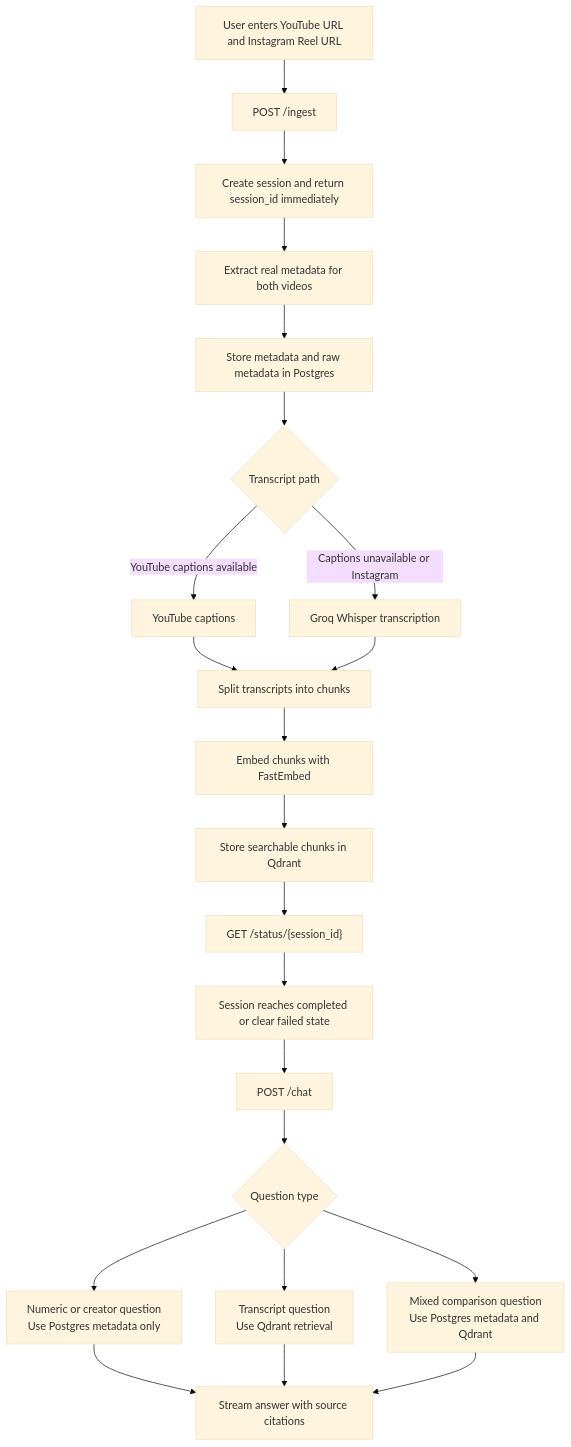
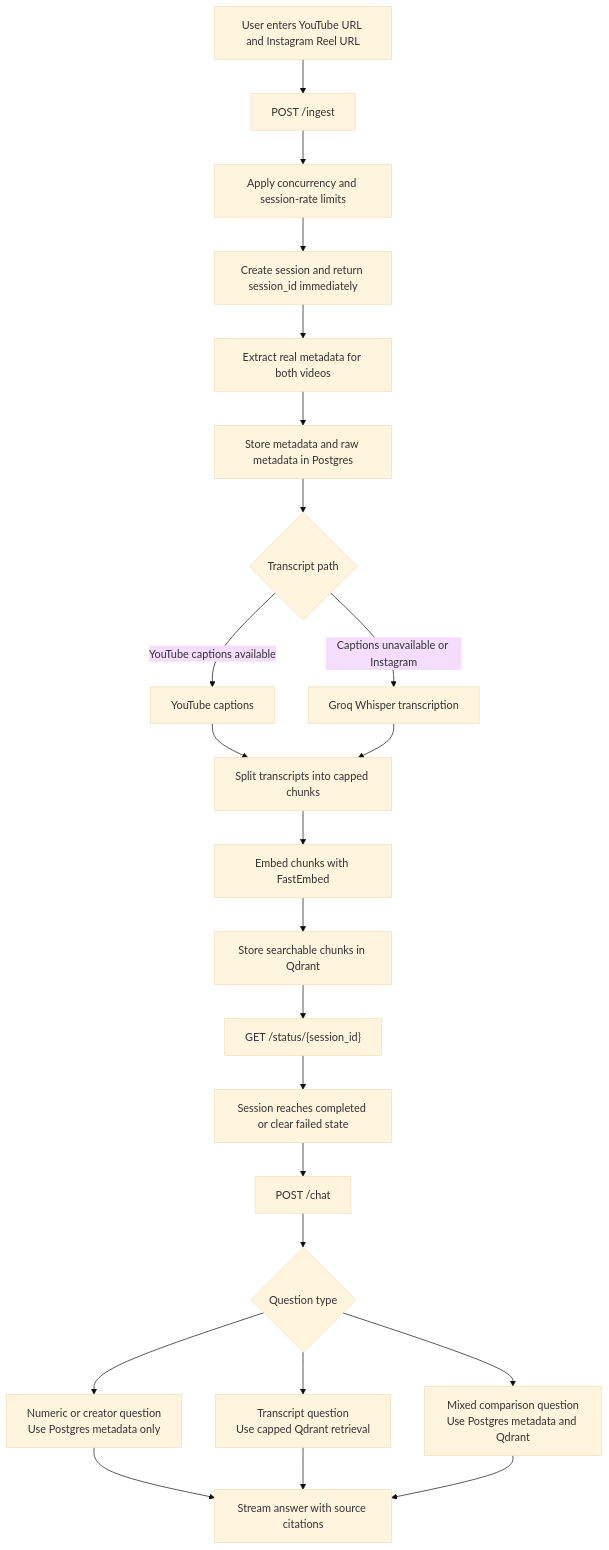
The diagram in README.md (nirmaljb/CreatorGPT), drawn with Mermaid (base theme) before and after one commit. The commit also changed other lines of this file and 19 other files, not shown here.

Commit message:
feat: implement runtime backpressure and request limiting with configurable caps for ingests, chat history, and retrieval.

````diff
--- a/README.md
+++ b/README.md
@@ -62,32 +62,33 @@
 ```mermaid
 flowchart TD
     A["User enters YouTube URL and Instagram Reel URL"]
     B["POST /ingest"]
-    C["Create session and return session_id immediately"]
-    D["Extract real metadata for both videos"]
-    E["Store metadata and raw metadata in Postgres"]
-    F{Transcript path}
-    G["YouTube captions"]
-    H["Groq Whisper transcription"]
-    I["Split transcripts into chunks"]
-    J["Embed chunks with FastEmbed"]
-    K["Store searchable chunks in Qdrant"]
-    L["GET /status/{session_id}"]
-    M["Session reaches completed or clear failed state"]
-    N["POST /chat"]
-    O{Question type}
-    P["Numeric or creator question<br/>Use Postgres metadata only"]
-    Q["Transcript question<br/>Use Qdrant retrieval"]
-    R["Mixed comparison question<br/>Use Postgres metadata and Qdrant"]
-    S["Stream answer with source citations"]
+    C["Apply concurrency and session-rate limits"]
+    D["Create session and return session_id immediately"]
+    E["Extract real metadata for both videos"]
+    F["Store metadata and raw metadata in Postgres"]
+    G{Transcript path}
+    H["YouTube captions"]
+    I["Groq Whisper transcription"]
+    J["Split transcripts into capped chunks"]
+    K["Embed chunks with FastEmbed"]
+    L["Store searchable chunks in Qdrant"]
+    M["GET /status/{session_id}"]
+    N["Session reaches completed or clear failed state"]
+    O["POST /chat"]
+    P{Question type}
+    Q["Numeric or creator question<br/>Use Postgres metadata only"]
+    R["Transcript question<br/>Use capped Qdrant retrieval"]
+    S["Mixed comparison question<br/>Use Postgres metadata and Qdrant"]
+    T["Stream answer with source citations"]
 
-    A --> B --> C --> D --> E --> F
-    F -->|YouTube captions available| G
-    F -->|Captions unavailable or Instagram| H
-    G --> I
-    H --> I
-    I --> J --> K --> L --> M --> N --> O
-    O --> P --> S
-    O --> Q --> S
-    O --> R --> S
+    A --> B --> C --> D --> E --> F --> G
+    G -->|YouTube captions available| H
+    G -->|Captions unavailable or Instagram| I
+    H --> J
+    I --> J
+    J --> K --> L --> M --> N --> O --> P
+    P --> Q --> T
+    P --> R --> T
+    P --> S --> T
 ```
````
